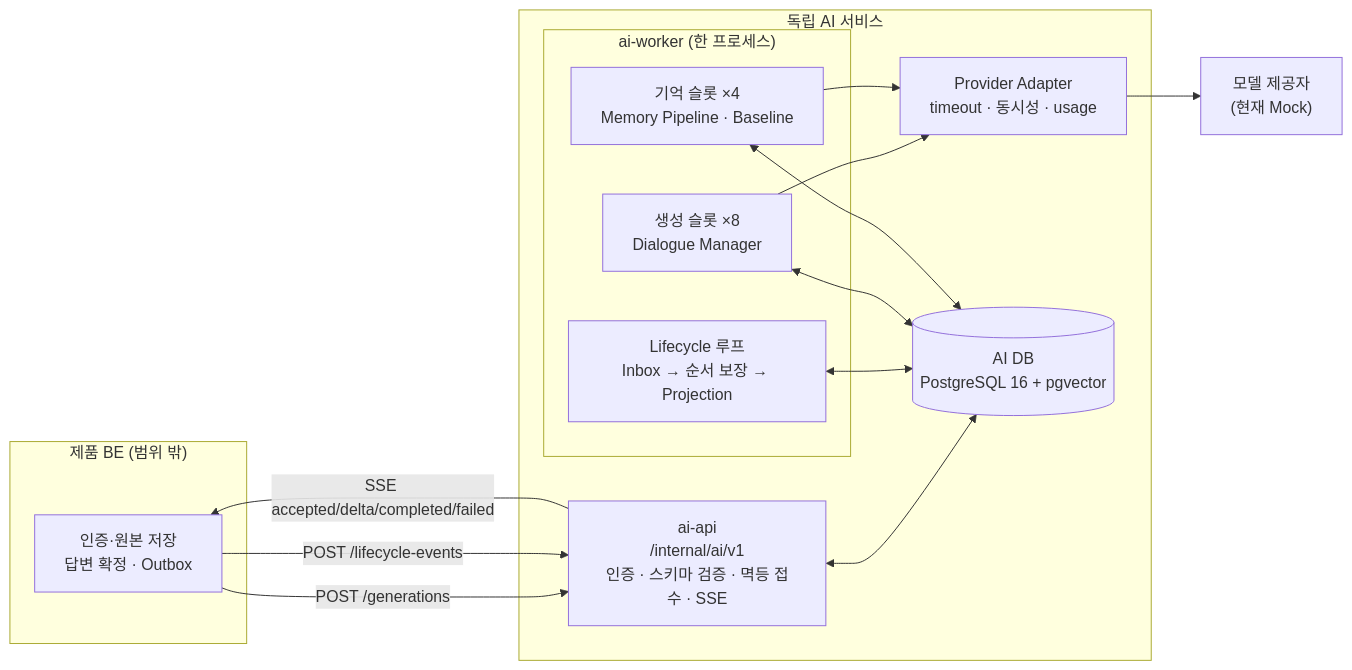
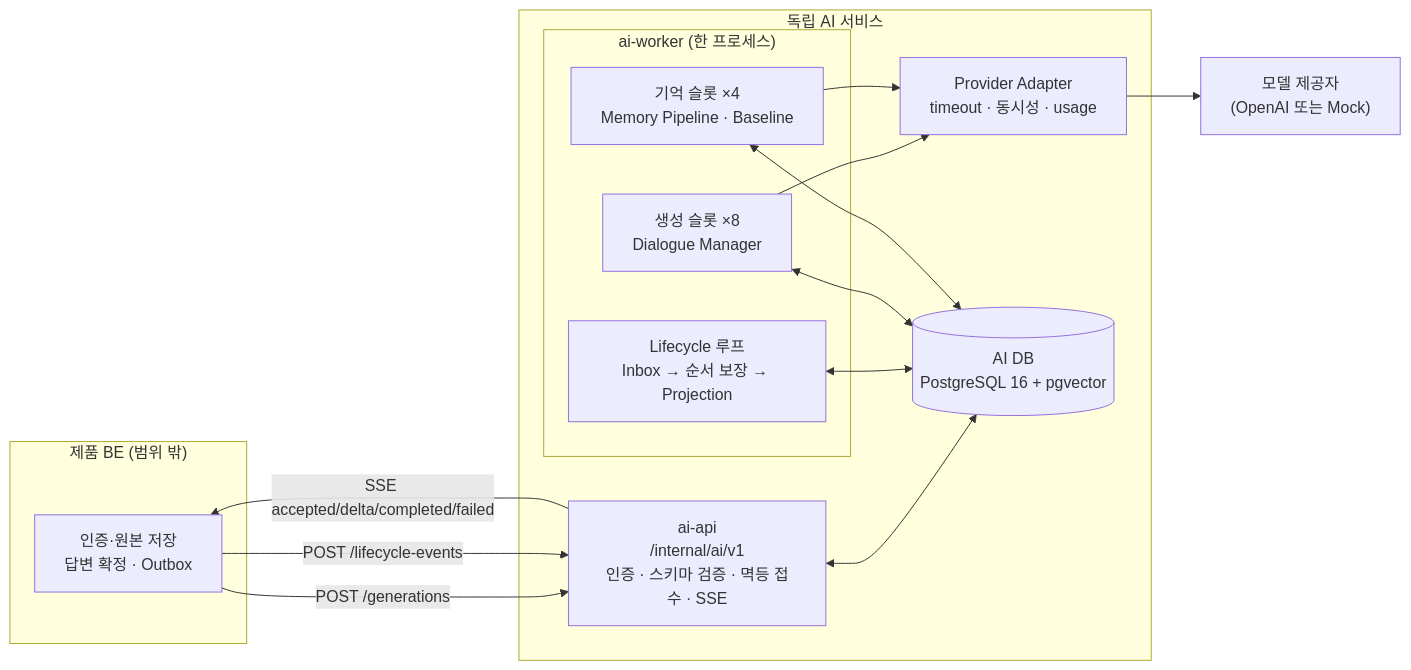
Before and after one commit to Team-CDBD/character-chat-ai: the first of 4 diagrams in README.md, drawn with Mermaid. The commit also changed other lines of this file and 8 other files, not shown here.

````diff
--- a/README.md
+++ b/README.md
@@ -43,30 +43,30 @@
 ```mermaid
 flowchart LR
     subgraph BE["제품 BE (범위 밖)"]
         BEAPI["인증·원본 저장<br/>답변 확정 · Outbox"]
     end
 
     subgraph AI["독립 AI 서비스"]
         API["ai-api<br/>/internal/ai/v1<br/>인증 · 스키마 검증 · 멱등 접수 · SSE"]
         subgraph W["ai-worker (한 프로세스)"]
             LC["Lifecycle 루프<br/>Inbox → 순서 보장 → Projection"]
             GEN["생성 슬롯 ×8<br/>Dialogue Manager"]
             MEM["기억 슬롯 ×4<br/>Memory Pipeline · Baseline"]
         end
         PA["Provider Adapter<br/>timeout · 동시성 · usage"]
         DB[("AI DB<br/>PostgreSQL 16 + pgvector")]
     end
 
-    MP["모델 제공자<br/>(현재 Mock)"]
+    MP["모델 제공자<br/>(OpenAI 또는 Mock)"]
 
     BEAPI -- "POST /generations" --> API
     BEAPI -- "POST /lifecycle-events" --> API
     API -- "SSE accepted/delta/completed/failed" --> BEAPI
     API <--> DB
     LC <--> DB
     GEN <--> DB
     MEM <--> DB
     GEN --> PA
     MEM --> PA
     PA --> MP
 ```
````
